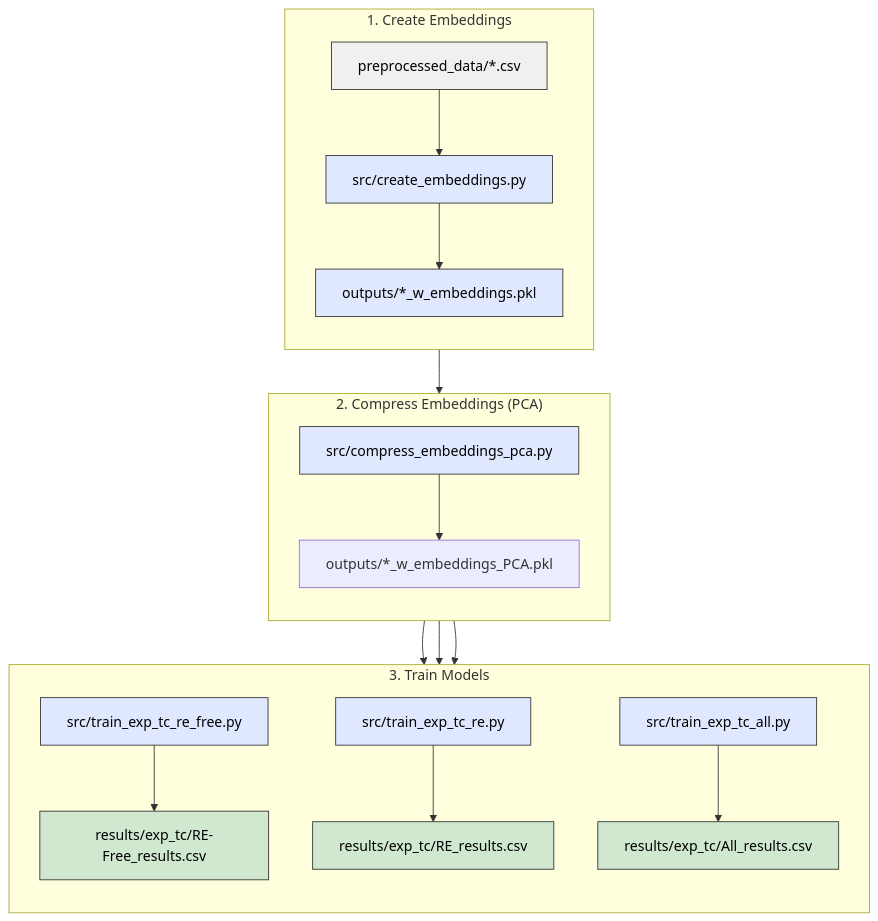
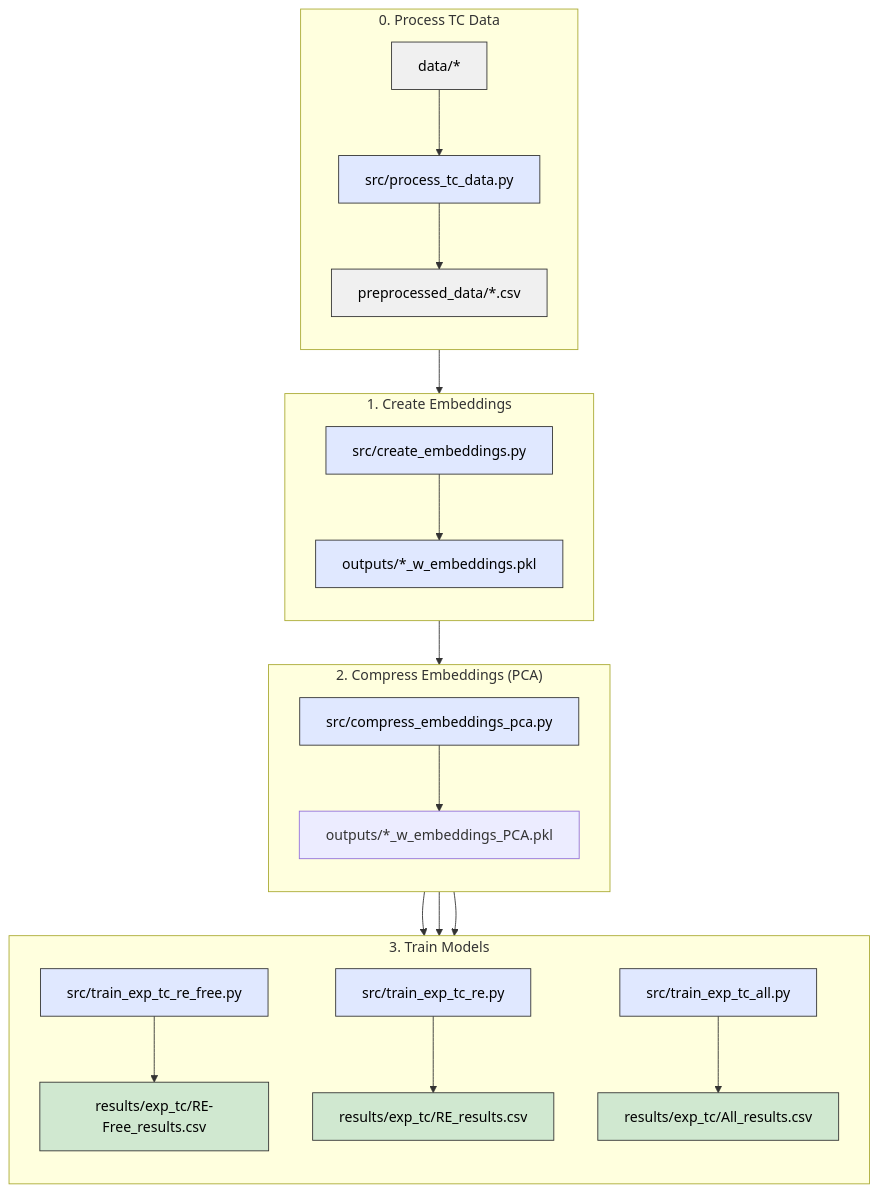
One commit to MaMMoS-project/ML-models changed the diagram in compound-to-tc/compound-to-experimental-tc/README.md. Above: the diagram before and after it, drawn with Mermaid.

Commit message:
update Mermaid chart

````diff
--- a/compound-to-tc/compound-to-experimental-tc/README.md
+++ b/compound-to-tc/compound-to-experimental-tc/README.md
@@ -10,38 +10,47 @@
 ```mermaid
 graph TD
+
+    %% === Cluster 0: Process TC Data ===
+    subgraph cluster_0["0. Process TC Data"]
+        direction TB
+        A0[data/*] --> B0[src/process_tc_data.py]
+        B0 --> A[preprocessed_data/*.csv]
+    end
+
     %% === Cluster 1: Create Embeddings ===
     subgraph cluster_1["1. Create Embeddings"]
         direction TB
-        A[preprocessed_data/*.csv] --> B[src/create_embeddings.py]
+        A --> B[src/create_embeddings.py]
         B --> C[outputs/*_w_embeddings.pkl]
     end
 
-    %% === Cluster 2: Compress Embeddings ===
+    %% === Cluster 2: Compress Embeddings (PCA) ===
     subgraph cluster_2["2. Compress Embeddings (PCA)"]
         direction TB
         C --> D[src/compress_embeddings_pca.py]
         D --> E[outputs/*_w_embeddings_PCA.pkl]
     end
 
     %% === Cluster 3: Train Models ===
     subgraph cluster_3["3. Train Models"]
         direction TB
         E --> F1[src/train_exp_tc_re_free.py]
         E --> F2[src/train_exp_tc_re.py]
         E --> F3[src/train_exp_tc_all.py]
+
         F1 --> G1[results/exp_tc/RE-Free_results.csv]
         F2 --> G2[results/exp_tc/RE_results.csv]
         F3 --> G3[results/exp_tc/All_results.csv]
     end
 
     %% === Styling ===
     classDef input fill:#f0f0f0,stroke:#333,stroke-width:1px,color:#000;
     classDef process fill:#e0e8ff,stroke:#333,stroke-width:1px,color:#000;
     classDef output fill:#d0e8d0,stroke:#333,stroke-width:1px,color:#000;
 
-    class A input
-    class B,C,D,F1,F2,F3 process
+    class A0,A input
+    class B0,B,C,D,F1,F2,F3 process
     class G1,G2,G3 output
 
-    class cluster_1,cluster_2,cluster_3 fill:#ffffff,stroke:#ccc,stroke-width:1px;
+    class cluster_0,cluster_1,cluster_2,cluster_3 fill:#ffffff,stroke:#ccc,stroke-width:1px;
 ```
````
